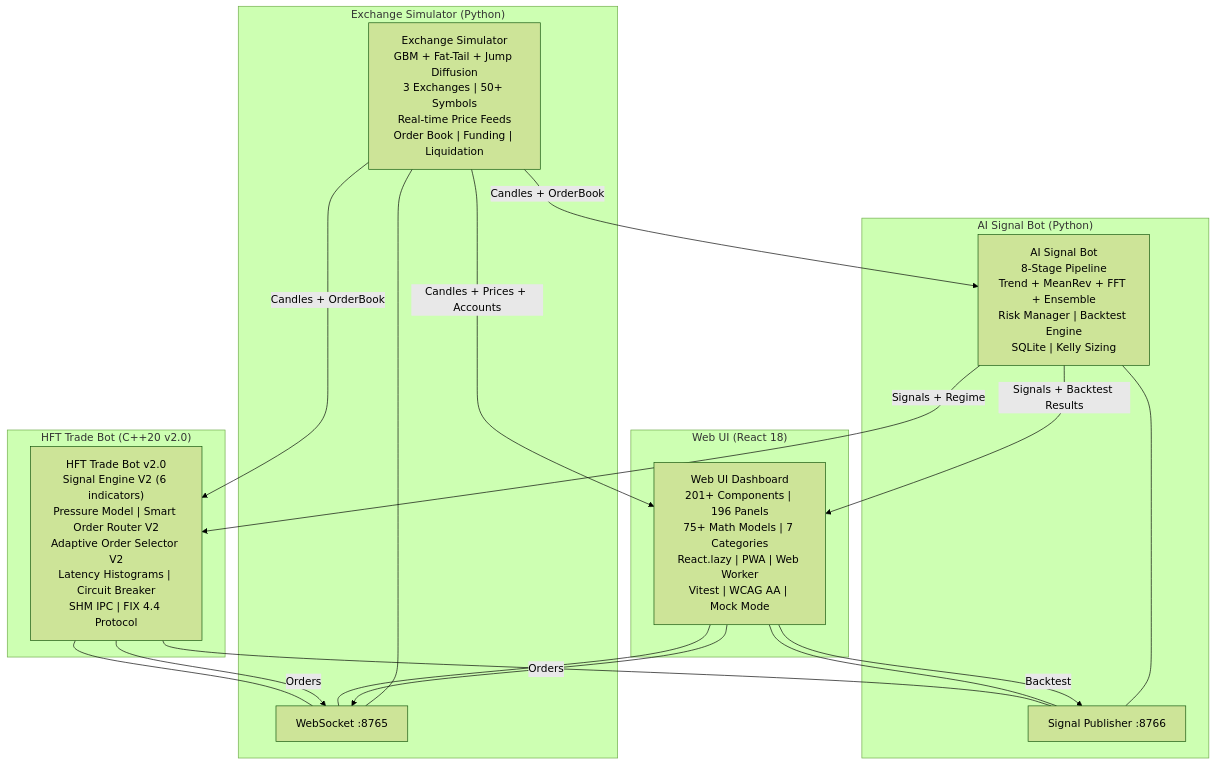
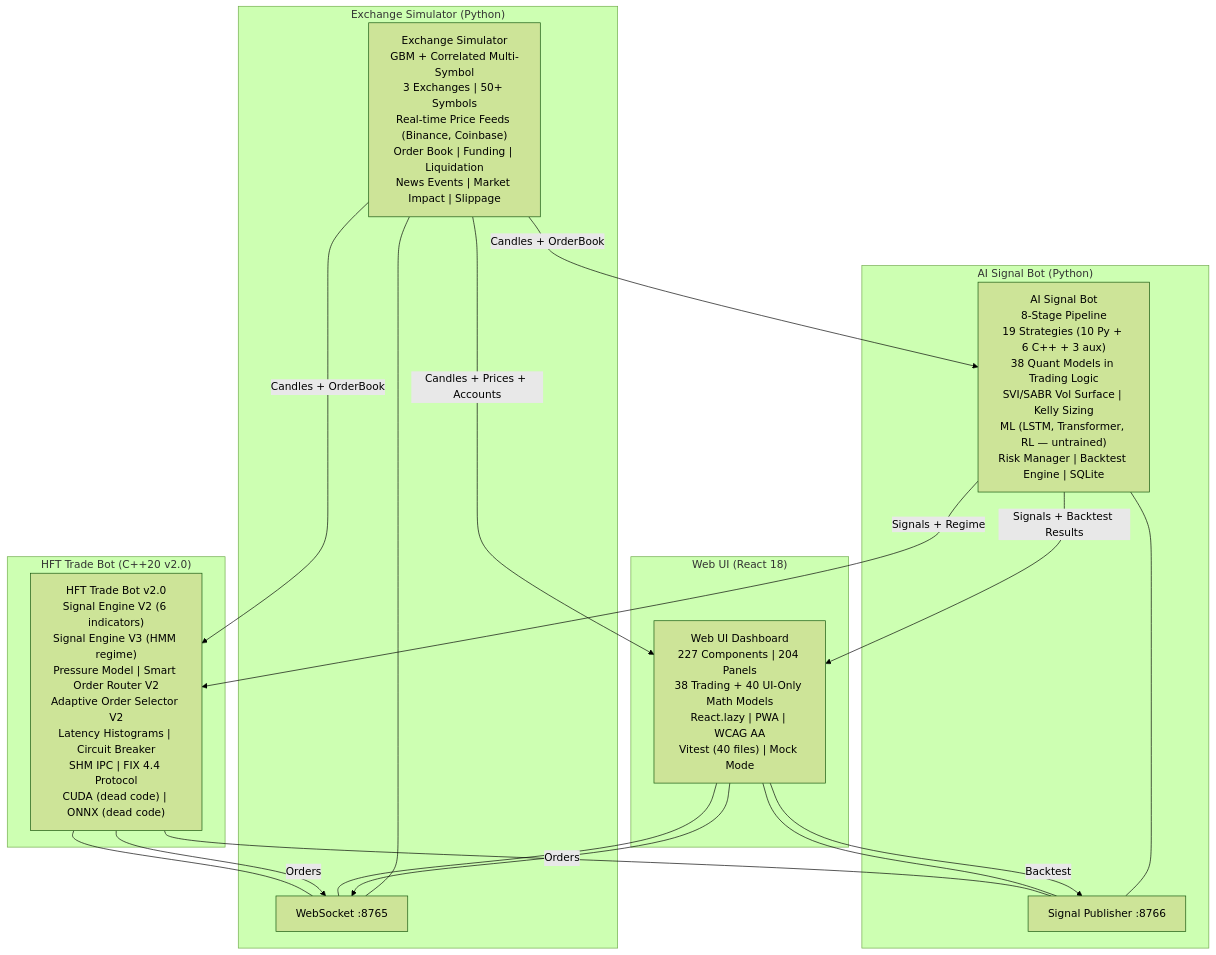
Before and after one commit to ezpectus/HFT-trading-simulator: the diagram in docs/ARCHITECTURE.md, drawn with Mermaid (forest theme). The commit also changed other lines of this file and 2 other files, not shown here.

````diff
--- a/docs/ARCHITECTURE.md
+++ b/docs/ARCHITECTURE.md
@@ -21,35 +23,35 @@
 ```mermaid
 graph TB
     subgraph "Exchange Simulator (Python)"
-        ES["Exchange Simulator<br/>GBM + Fat-Tail + Jump Diffusion<br/>3 Exchanges | 50+ Symbols<br/>Real-time Price Feeds<br/>Order Book | Funding | Liquidation"]
+        ES["Exchange Simulator<br/>GBM + Correlated Multi-Symbol<br/>3 Exchanges | 50+ Symbols<br/>Real-time Price Feeds (Binance, Coinbase)<br/>Order Book | Funding | Liquidation<br/>News Events | Market Impact | Slippage"]
         WS8765[WebSocket :8765]
         WS8765 --- ES
     end
 
     subgraph "AI Signal Bot (Python)"
-        AI["AI Signal Bot<br/>8-Stage Pipeline<br/>Trend + MeanRev + FFT + Ensemble<br/>Risk Manager | Backtest Engine<br/>SQLite | Kelly Sizing"]
+        AI["AI Signal Bot<br/>8-Stage Pipeline<br/>19 Strategies (10 Py + 6 C++ + 3 aux)<br/>38 Quant Models in Trading Logic<br/>SVI/SABR Vol Surface | Kelly Sizing<br/>ML (LSTM, Transformer, RL — untrained)<br/>Risk Manager | Backtest Engine | SQLite"]
         WS8766[Signal Publisher :8766]
         WS8766 --- AI
     end
 
     subgraph "HFT Trade Bot (C++20 v2.0)"
-        HFT["HFT Trade Bot v2.0<br/>Signal Engine V2 (6 indicators)<br/>Pressure Model | Smart Order Router V2<br/>Adaptive Order Selector V2<br/>Latency Histograms | Circuit Breaker<br/>SHM IPC | FIX 4.4 Protocol"]
+        HFT["HFT Trade Bot v2.0<br/>Signal Engine V2 (6 indicators)<br/>Signal Engine V3 (HMM regime)<br/>Pressure Model | Smart Order Router V2<br/>Adaptive Order Selector V2<br/>Latency Histograms | Circuit Breaker<br/>SHM IPC | FIX 4.4 Protocol<br/>CUDA (dead code) | ONNX (dead code)"]
         HFT --- WS8765
         HFT --- WS8766
         HFT -->|Orders| WS8765
     end
 
     subgraph "Web UI (React 18)"
-        UI["Web UI Dashboard<br/>201+ Components | 196 Panels<br/>75+ Math Models | 7 Categories<br/>React.lazy | PWA | Web Worker<br/>Vitest | WCAG AA | Mock Mode"]
+        UI["Web UI Dashboard<br/>227 Components | 204 Panels<br/>38 Trading + 40 UI-Only Math Models<br/>React.lazy | PWA | WCAG AA<br/>Vitest (40 files) | Mock Mode"]
         UI --- WS8765
         UI --- WS8766
         UI -->|Orders| WS8765
         UI -->|Backtest| WS8766
     end
 
     ES -->|Candles + OrderBook| AI
     ES -->|Candles + OrderBook| HFT
     ES -->|Candles + Prices + Accounts| UI
     AI -->|Signals + Regime| HFT
     AI -->|Signals + Backtest Results| UI
 ```
````
